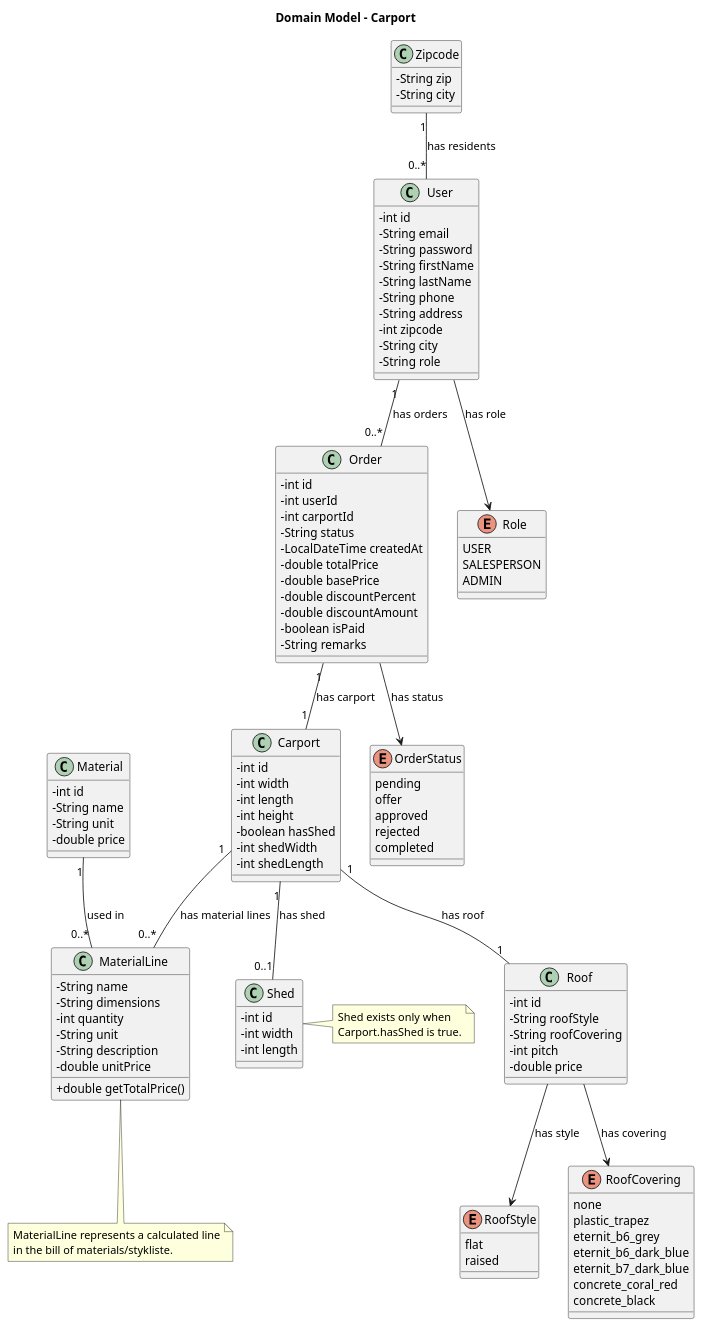
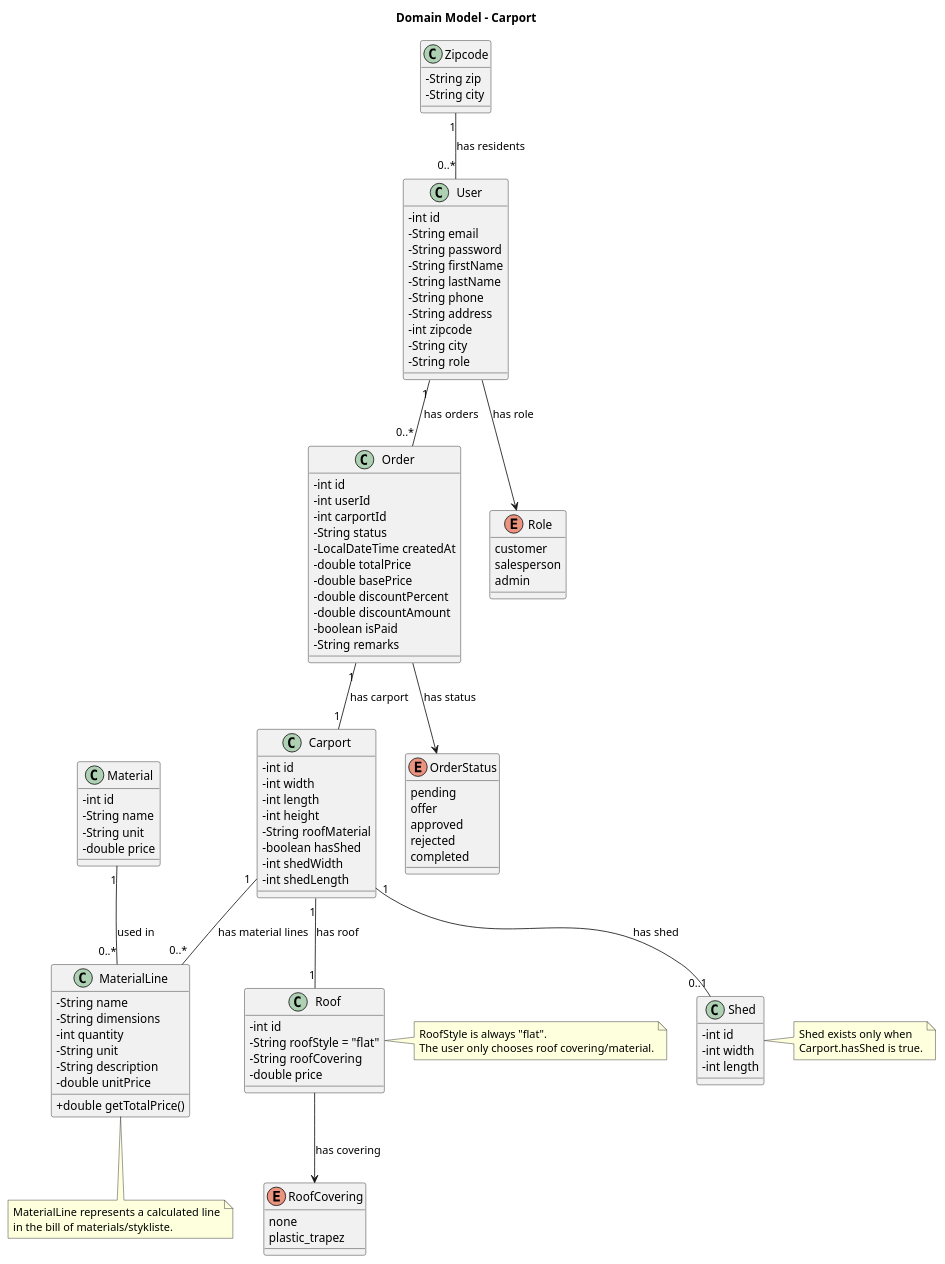
The diagram in src/main/resources/uml/DomainModel-Carport.puml (EmilOzel/Carport-FOG), drawn with PlantUML before and after one commit.

```diff
--- a/src/main/resources/uml/DomainModel-Carport.puml
+++ b/src/main/resources/uml/DomainModel-Carport.puml
@@ -1,132 +1,126 @@
 @startuml
 
 skinparam classAttributeIconSize 0
 
 title Domain Model - Carport
 
 class User {
     - int id
     - String email
     - String password
     - String firstName
     - String lastName
     - String phone
     - String address
     - int zipcode
     - String city
     - String role
 }
 
 class Zipcode {
     - String zip
     - String city
 }
 
 class Order {
     - int id
     - int userId
     - int carportId
     - String status
     - LocalDateTime createdAt
     - double totalPrice
     - double basePrice
     - double discountPercent
     - double discountAmount
     - boolean isPaid
     - String remarks
 }
 
 class Carport {
     - int id
     - int width
     - int length
     - int height
+    - String roofMaterial
     - boolean hasShed
     - int shedWidth
     - int shedLength
 }
 
 class Shed {
     - int id
     - int width
     - int length
 }
 
 class Roof {
     - int id
-    - String roofStyle
+    - String roofStyle = "flat"
     - String roofCovering
-    - int pitch
     - double price
 }
 
 class Material {
     - int id
     - String name
     - String unit
     - double price
 }
 
 class MaterialLine {
     - String name
     - String dimensions
     - int quantity
     - String unit
     - String description
     - double unitPrice
     + double getTotalPrice()
 }
 
 enum Role {
-    USER
-    SALESPERSON
-    ADMIN
+    customer
+    salesperson
+    admin
 }
 
 enum OrderStatus {
     pending
     offer
     approved
     rejected
     completed
 }
 
-enum RoofStyle {
-    flat
-    raised
-}
-
 enum RoofCovering {
     none
     plastic_trapez
-    eternit_b6_grey
-    eternit_b6_dark_blue
-    eternit_b7_dark_blue
-    concrete_coral_red
-    concrete_black
 }
 
 Zipcode "1" -- "0..*" User : has residents
 User "1" -- "0..*" Order : has orders
 Order "1" -- "1" Carport : has carport
 Carport "1" -- "1" Roof : has roof
 Carport "1" -- "0..1" Shed : has shed
 Carport "1" -- "0..*" MaterialLine : has material lines
 Material "1" -- "0..*" MaterialLine : used in
 
 User --> Role : has role
 Order --> OrderStatus : has status
-Roof --> RoofStyle : has style
 Roof --> RoofCovering : has covering
+
+note right of Roof
+  RoofStyle is always "flat".
+  The user only chooses roof covering/material.
+end note
 
 note right of Shed
   Shed exists only when
   Carport.hasShed is true.
 end note
 
 note bottom of MaterialLine
   MaterialLine represents a calculated line
   in the bill of materials/stykliste.
 end note
 
 @enduml
```
